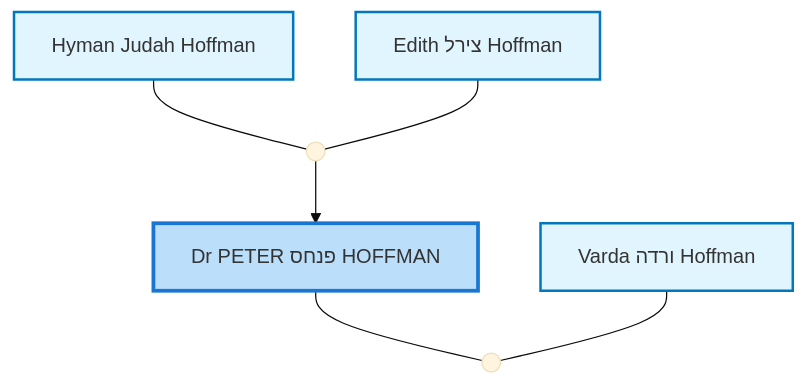
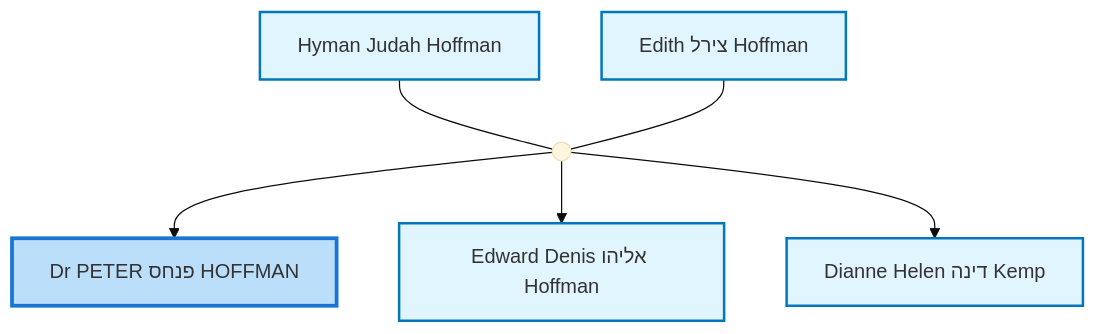
One commit to moshehoff/FamilyHistory changed the first of 3 diagrams in site/content/profiles/Dr PETER פנחס HOFFMAN.md. Above: the diagram before and after it, drawn with Mermaid (base theme). The commit also changed 244 other files, not shown here.

Commit message:
Change Nuclear Family diagram to show parents and siblings, update site title to 'Hoffman Family History', revert diagram zoom to simple scaling

````diff
--- a/site/content/profiles/Dr PETER פנחס HOFFMAN.md
+++ b/site/content/profiles/Dr PETER פנחס HOFFMAN.md
@@ -22,25 +22,27 @@
 ```mermaid
 flowchart TD
 classDef person fill:#e1f5fe,stroke:#0277bd,stroke-width:2px;
 classDef internal-link fill:#e1f5fe,stroke:#0277bd,stroke-width:2px;
 classDef current fill:#bbdefb,stroke:#1976d2,stroke-width:3px;
 idI11052359["Dr PETER פנחס HOFFMAN"]
 class idI11052359 current
 click idI11052359 "../profiles/Dr-PETER-%D7%A4%D7%A0%D7%97%D7%A1-HOFFMAN" "Dr PETER פנחס HOFFMAN"
 idI11052350["Hyman Judah Hoffman"]
 class idI11052350 internal-link
 click idI11052350 "../profiles/Hyman-Judah-Hoffman" "Hyman Judah Hoffman"
 idI38516664["Edith צירל Hoffman"]
 class idI38516664 internal-link
 click idI38516664 "../profiles/Edith-%D7%A6%D7%99%D7%A8%D7%9C-Hoffman" "Edith צירל Hoffman"
 marriage_idF13161432((" "))
 idI11052350 --- marriage_idF13161432
 idI38516664 --- marriage_idF13161432
 marriage_idF13161432 --> idI11052359
-idI38517487["Varda ורדה Hoffman"]
-class idI38517487 internal-link
-click idI38517487 "../profiles/Varda-%D7%95%D7%A8%D7%93%D7%94-Hoffman" "Varda ורדה Hoffman"
-marriage_idF13161723((" "))
-idI11052359 --- marriage_idF13161723
-idI38517487 --- marriage_idF13161723
+idI38516763["Edward Denis אליהו Hoffman"]
+class idI38516763 internal-link
+click idI38516763 "../profiles/Edward-Denis-%D7%90%D7%9C%D7%99%D7%94%D7%95-Hoffman" "Edward Denis אליהו Hoffman"
+marriage_idF13161432 --> idI38516763
+idI38516790["Dianne Helen דינה Kemp"]
+class idI38516790 internal-link
+click idI38516790 "../profiles/Dianne-Helen-%D7%93%D7%99%D7%A0%D7%94-Kemp" "Dianne Helen דינה Kemp"
+marriage_idF13161432 --> idI38516790
 ```
````
